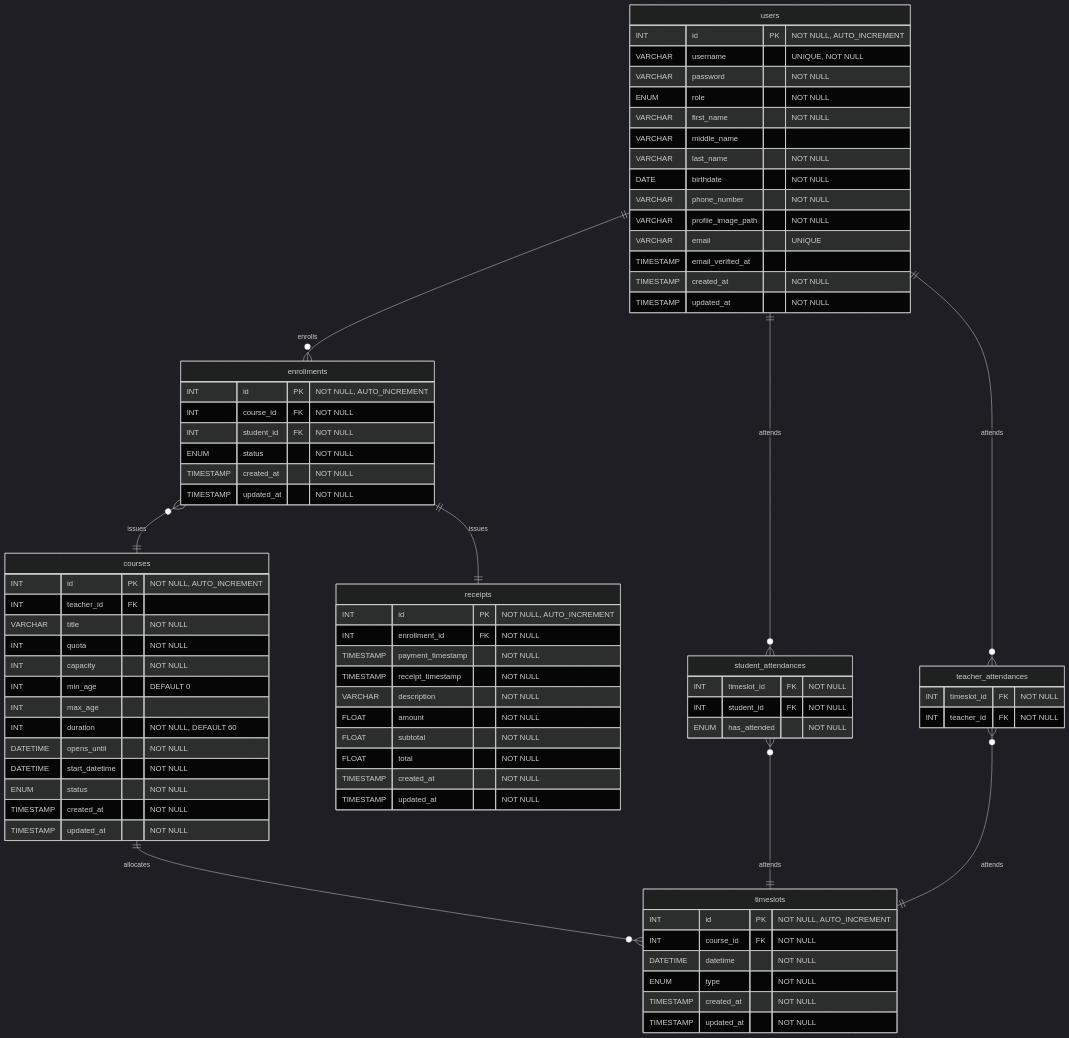
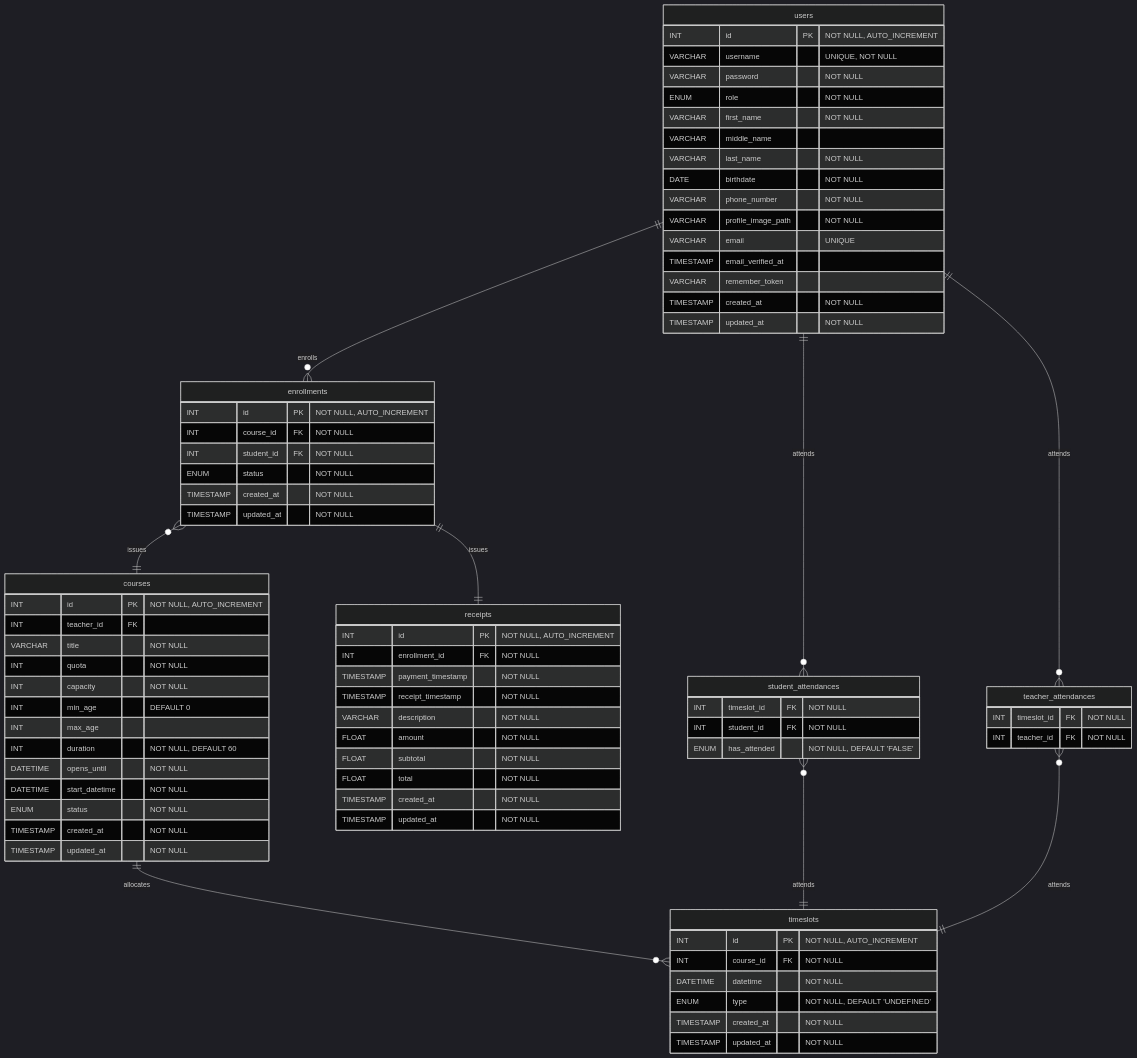
Before and after one commit to SaluteKevin/AQkid: the diagram in Design/er.md, drawn with Mermaid (dark theme). The commit also changed 1 other file, not shown here.

Commit message:
Update ER diagram, use-cases

```diff
--- a/Design/er.md
+++ b/Design/er.md
@@ -17,6 +17,7 @@
         VARCHAR profile_image_path "NOT NULL"
         VARCHAR email "UNIQUE"
         TIMESTAMP email_verified_at
+        VARCHAR remember_token
         TIMESTAMP created_at "NOT NULL"
         TIMESTAMP updated_at "NOT NULL"
     }
@@ -63,7 +64,7 @@
         INT id PK "NOT NULL, AUTO_INCREMENT"
         INT course_id FK "NOT NULL"
         DATETIME datetime "NOT NULL"
-        ENUM type "NOT NULL"
+        ENUM type "NOT NULL, DEFAULT 'UNDEFINED'"
         TIMESTAMP created_at "NOT NULL"
         TIMESTAMP updated_at "NOT NULL"
     }
@@ -71,7 +72,7 @@
     student_attendances {
         INT timeslot_id FK "NOT NULL"
         INT student_id FK "NOT NULL"
-        ENUM has_attended "NOT NULL"
+        ENUM has_attended "NOT NULL, DEFAULT 'FALSE'"
     }
 
     teacher_attendances {
```
